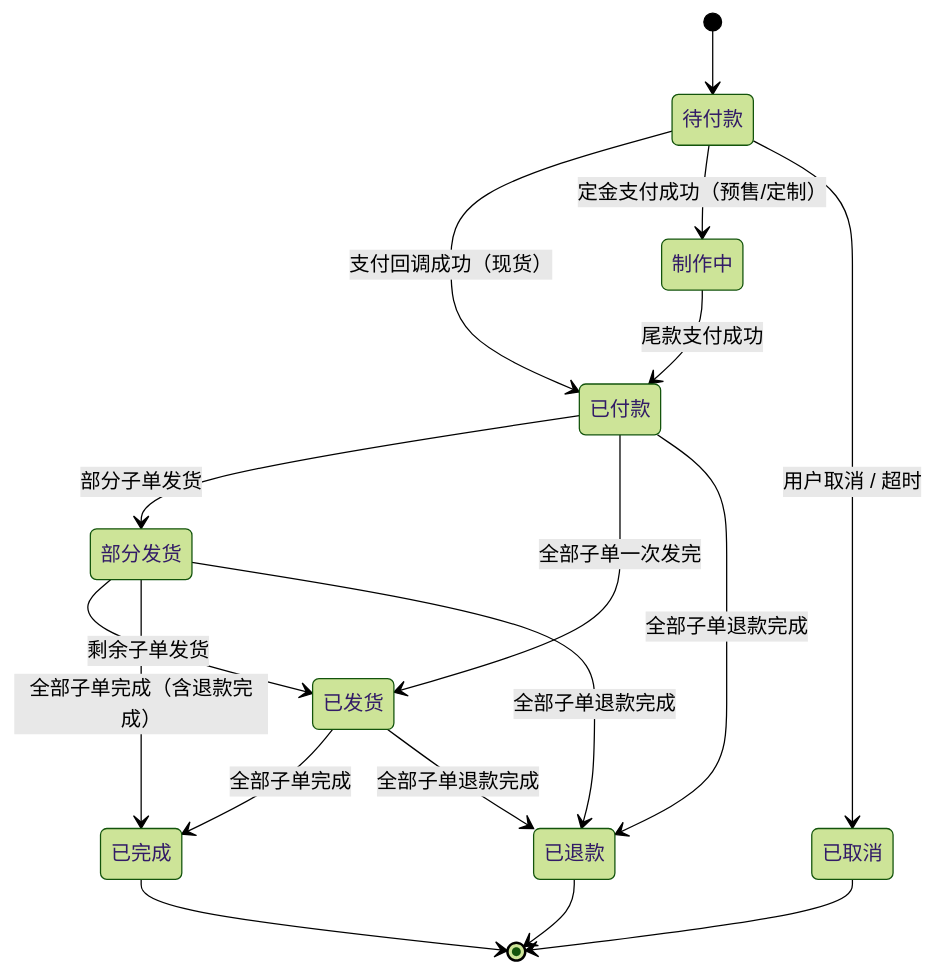
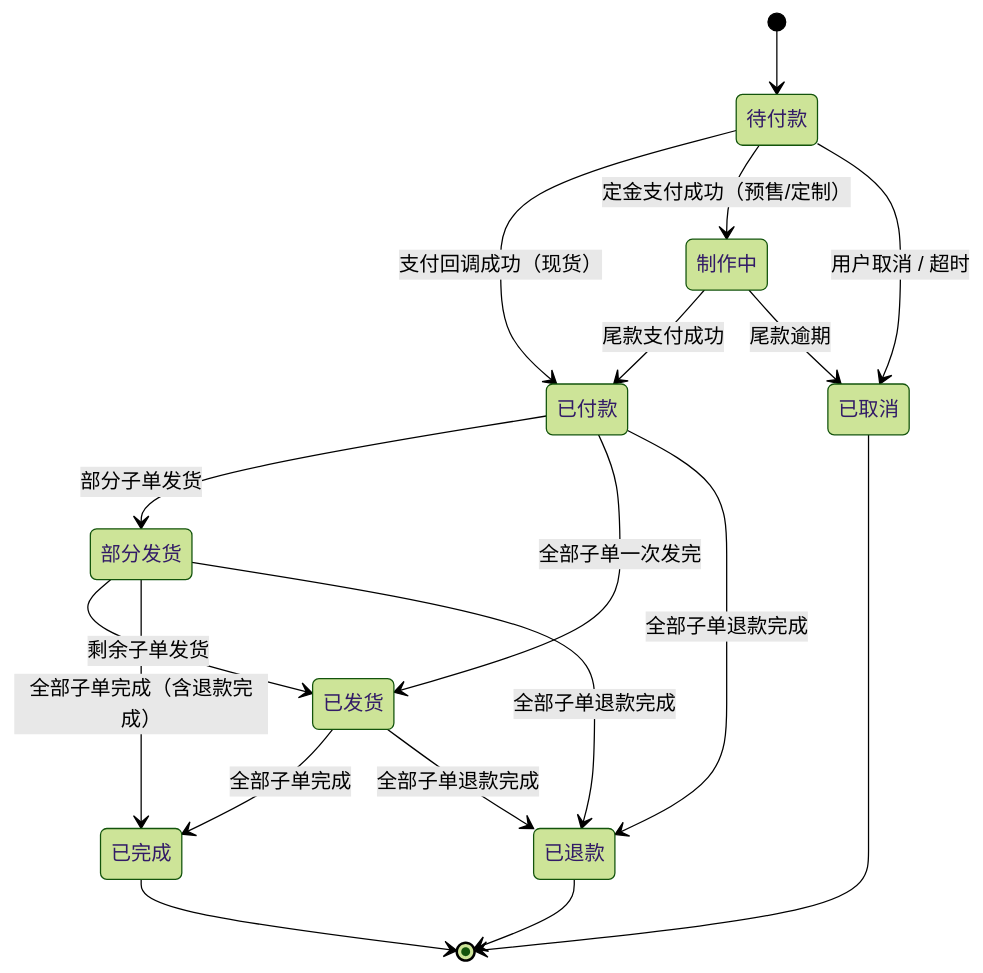
The first of 5 diagrams in docs/order-lifecycle.md (Serein47/KDShop), drawn with Mermaid (forest theme) before and after one commit. The commit also changed other lines of this file and 25 other files, not shown here.

````diff
--- a/docs/order-lifecycle.md
+++ b/docs/order-lifecycle.md
@@ -9,28 +9,29 @@
 ```mermaid
 stateDiagram-v2
     [*] --> PENDING_PAYMENT
     PENDING_PAYMENT: 待付款
     PRODUCING: 制作中
     PAID: 已付款
     PARTIALLY_SHIPPED: 部分发货
     SHIPPED: 已发货
     COMPLETED: 已完成
     CANCELLED: 已取消
     REFUNDED: 已退款
 
     PENDING_PAYMENT --> PAID : 支付回调成功（现货）
     PENDING_PAYMENT --> PRODUCING : 定金支付成功（预售/定制）
     PRODUCING --> PAID : 尾款支付成功
     PENDING_PAYMENT --> CANCELLED : 用户取消 / 超时
+    PRODUCING --> CANCELLED : 尾款逾期
     PAID --> PARTIALLY_SHIPPED : 部分子单发货
     PAID --> SHIPPED : 全部子单一次发完
     PARTIALLY_SHIPPED --> SHIPPED : 剩余子单发货
     SHIPPED --> COMPLETED : 全部子单完成
     PARTIALLY_SHIPPED --> COMPLETED : 全部子单完成（含退款完成）
     PAID --> REFUNDED : 全部子单退款完成
     PARTIALLY_SHIPPED --> REFUNDED : 全部子单退款完成
     SHIPPED --> REFUNDED : 全部子单退款完成
     CANCELLED --> [*]
     COMPLETED --> [*]
     REFUNDED --> [*]
 ```
````
